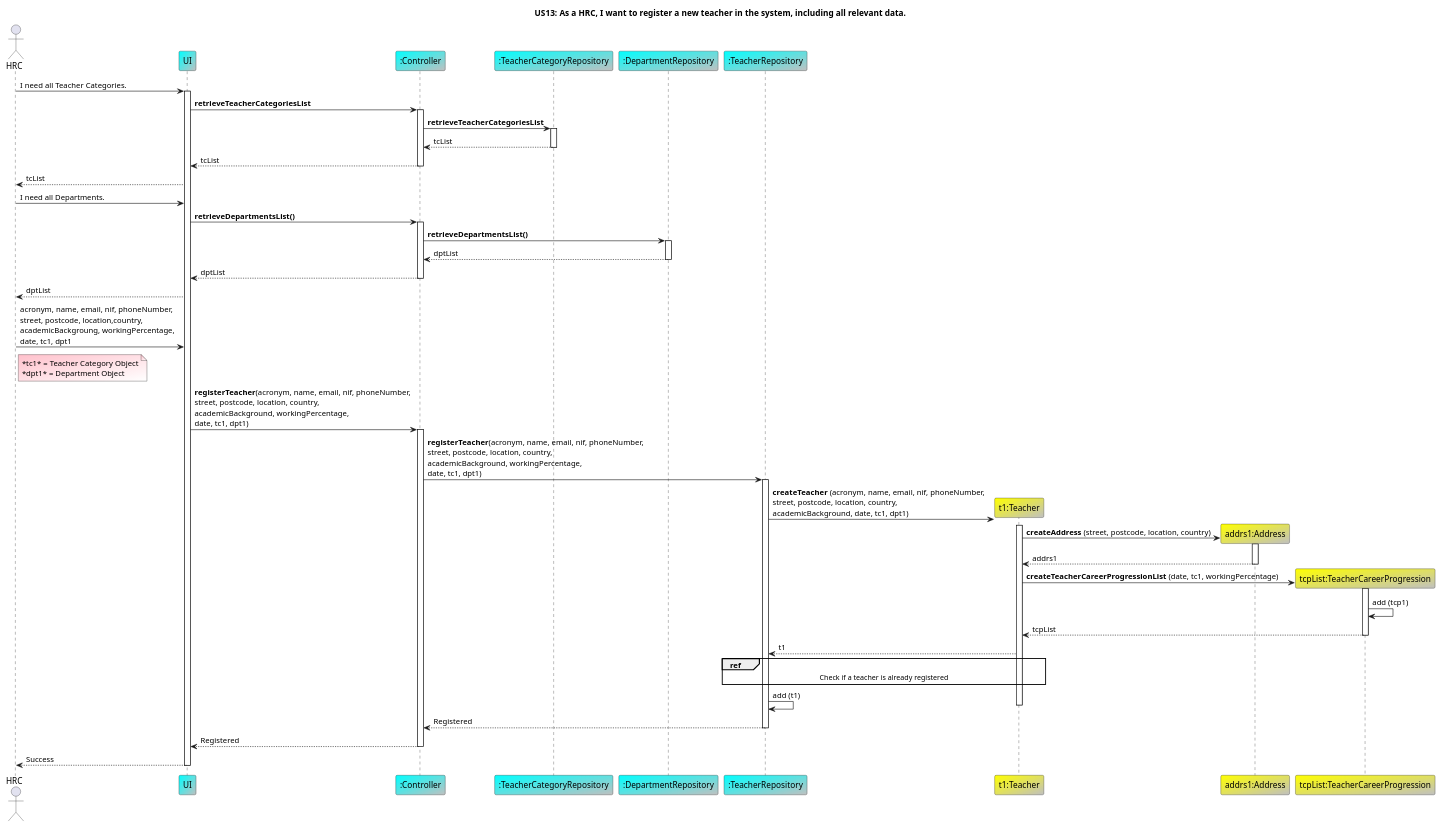
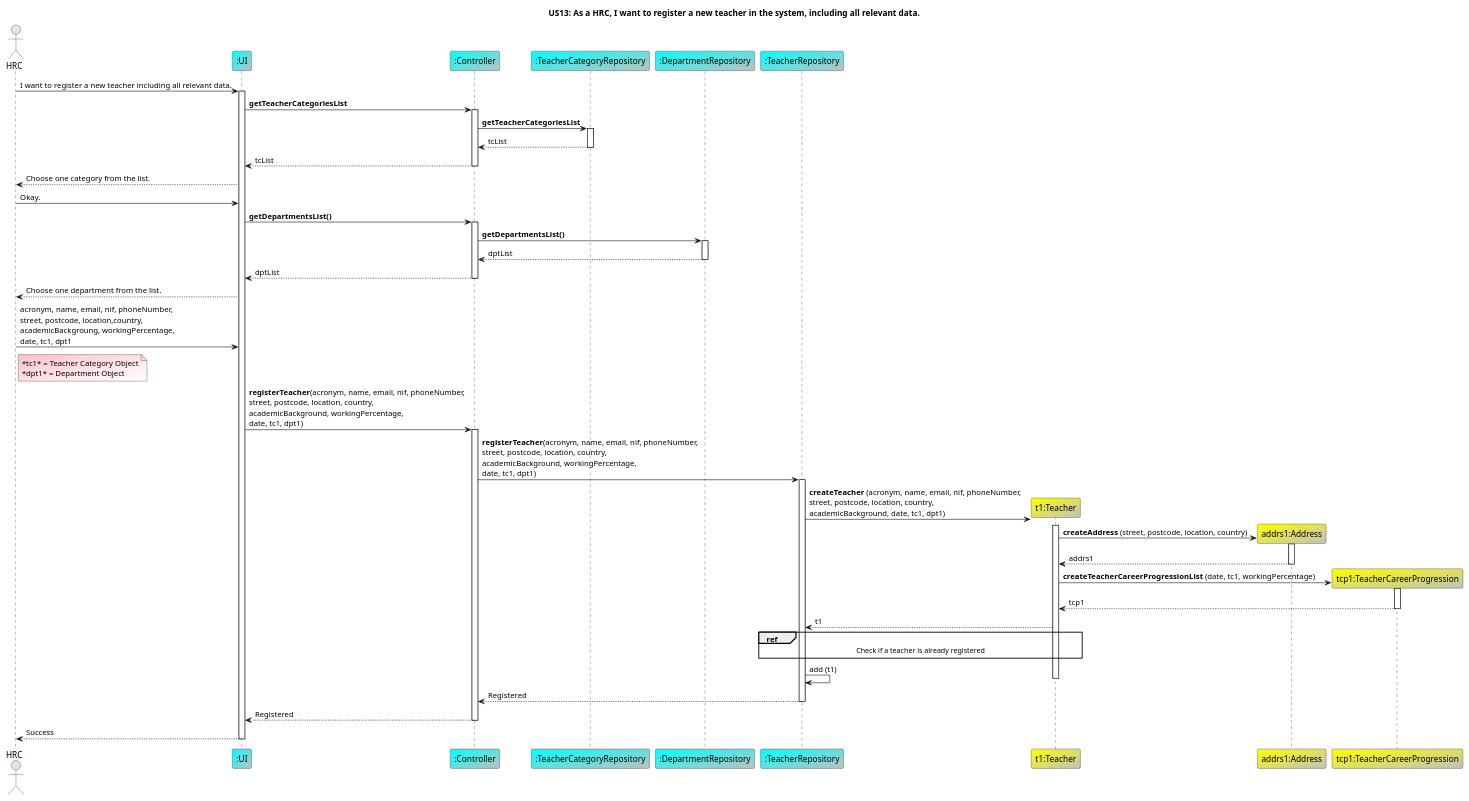
The diagram in docs/sequenceSystemDiagrams/US13/US13_RegisterNewTeacherIncludingAllRelevantData.puml (GasparISEP/DevOps-PAI), drawn with PlantUML before and after one commit.

Commit message:
Updated US13's Sequence Diagram

```diff
--- a/docs/sequenceSystemDiagrams/US13/US13_RegisterNewTeacherIncludingAllRelevantData.puml
+++ b/docs/sequenceSystemDiagrams/US13/US13_RegisterNewTeacherIncludingAllRelevantData.puml
@@ -1,98 +1,96 @@
 @startuml
 
 title US13: As a HRC, I want to register a new teacher in the system, including all relevant data.
 
 actor HRC
-participant "UI" as UI #Cyan/Silver
+participant ":UI" as UI #Cyan/Silver
 participant ":Controller" as Controller #Cyan/Silver
 participant ":TeacherCategoryRepository" as TeacherCategoryRepository #Cyan/Silver
 participant ":DepartmentRepository" as DepartmentRepository #Cyan/Silver
 participant ":TeacherRepository" as TeacherRepository #Cyan/Silver
 participant "t1:Teacher" as Teacher #Yellow/Silver
 participant "addrs1:Address" as Address #Yellow/Silver
-participant "tcpList:TeacherCareerProgression" as TeacherCareerProgression #Yellow/Silver
+participant "tcp1:TeacherCareerProgression" as TeacherCareerProgression #Yellow/Silver
 
 
-HRC -> UI: I need all Teacher Categories.
+HRC -> UI: I want to register a new teacher including all relevant data.
 activate UI
 
-UI -> Controller: **retrieveTeacherCategoriesList**
+UI -> Controller: **getTeacherCategoriesList**
 activate Controller
 
-Controller -> TeacherCategoryRepository: **retrieveTeacherCategoriesList**
+Controller -> TeacherCategoryRepository: **getTeacherCategoriesList**
 activate TeacherCategoryRepository
 
 TeacherCategoryRepository --> Controller: tcList
 deactivate TeacherCategoryRepository
 
 Controller --> UI: tcList
 deactivate Controller
 
-UI --> HRC: tcList
+UI --> HRC: Choose one category from the list.
 
-HRC -> UI: I need all Departments.
+HRC -> UI: Okay.
 
-UI -> Controller: **retrieveDepartmentsList()**
+UI -> Controller: **getDepartmentsList()**
 activate Controller
 
-Controller -> DepartmentRepository: **retrieveDepartmentsList()**
+Controller -> DepartmentRepository: **getDepartmentsList()**
 activate DepartmentRepository
 
 DepartmentRepository --> Controller: dptList
 deactivate DepartmentRepository
 
 Controller --> UI: dptList
 deactivate Controller
 
-UI --> HRC: dptList
+UI --> HRC: Choose one department from the list.
 
 HRC -> UI: acronym, name, email, nif, phoneNumber,\nstreet, postcode, location,country,\nacademicBackgroung, workingPercentage,\ndate, tc1, dpt1
 
 Note Right HRC #Pink/White
     *tc1* = Teacher Category Object
     *dpt1* = Department Object
 End Note
 
 UI -> Controller: **registerTeacher**(acronym, name, email, nif, phoneNumber,\nstreet, postcode, location, country,\nacademicBackground, workingPercentage,\ndate, tc1, dpt1)
 activate Controller
 
 Controller -> TeacherRepository: **registerTeacher**(acronym, name, email, nif, phoneNumber,\nstreet, postcode, location, country,\nacademicBackground, workingPercentage,\ndate, tc1, dpt1)
 activate TeacherRepository
 
 TeacherRepository -> Teacher **: **createTeacher** (acronym, name, email, nif, phoneNumber,\nstreet, postcode, location, country,\nacademicBackground, date, tc1, dpt1)
 activate Teacher
 
 Teacher -> Address **: **createAddress** (street, postcode, location, country)
 activate Address
 
 Address --> Teacher: addrs1
 deactivate Address
 
 Teacher -> TeacherCareerProgression **: **createTeacherCareerProgressionList** (date, tc1, workingPercentage)
 activate TeacherCareerProgression
 
-TeacherCareerProgression -> TeacherCareerProgression: add (tcp1)
-
-TeacherCareerProgression --> Teacher: tcpList
+TeacherCareerProgression --> Teacher: tcp1
 deactivate TeacherCareerProgression
 
 Teacher --> TeacherRepository: t1
 
 ref over TeacherRepository, Teacher
     Check if a teacher is already registered
 end ref
 
 TeacherRepository -> TeacherRepository: add (t1)
 
 deactivate Teacher
 
 TeacherRepository --> Controller: Registered
 deactivate TeacherRepository
 
 Controller --> UI: Registered
 deactivate Controller
 
 UI --> HRC: Success
 deactivate UI
 
 @enduml
```
